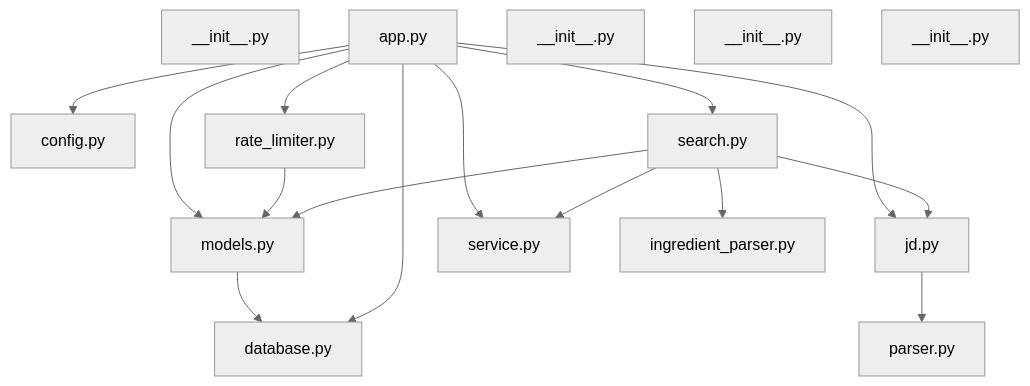
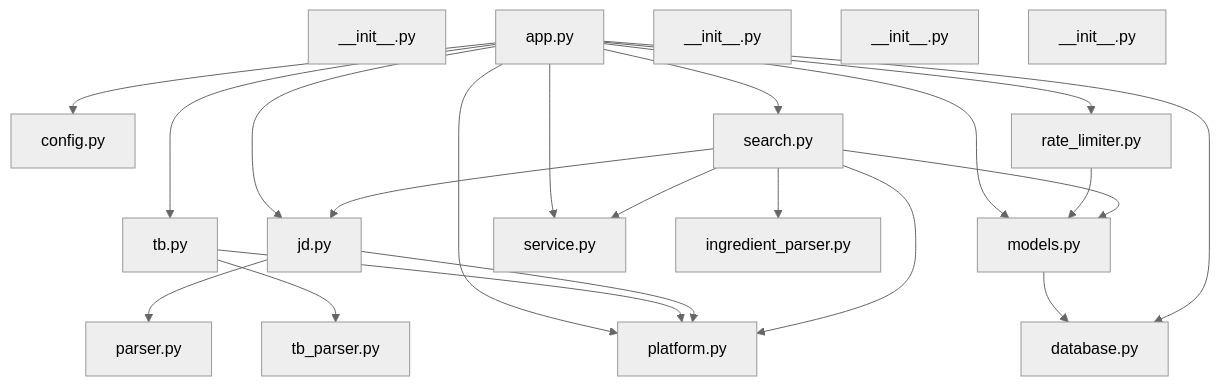
Before and after one commit to ryanlxb/Shopping-assist: the diagram in docs/architecture/graphs/code_graph.mmd, drawn with Mermaid (neutral theme). The commit also changed 10 other files, not shown here.

First line of the commit message:
feat(scraper): add Tmall/Taobao platform support with platform selector

```diff
--- a/docs/architecture/graphs/code_graph.mmd
+++ b/docs/architecture/graphs/code_graph.mmd
@@ -1,43 +1,55 @@
 graph TD
     src_config_py["config.py"]
     click src_config_py href "src/config.py"
     src_models_py["models.py"]
     click src_models_py href "src/models.py"
     src_database_py["database.py"]
     click src_database_py href "src/database.py"
     src___init___py["__init__.py"]
     click src___init___py href "src/__init__.py"
     src_app_py["app.py"]
     click src_app_py href "src/app.py"
+    src_scraper_tb_py["tb.py"]
+    click src_scraper_tb_py href "src/scraper/tb.py"
     src_scraper_jd_py["jd.py"]
     click src_scraper_jd_py href "src/scraper/jd.py"
     src_scraper___init___py["__init__.py"]
     click src_scraper___init___py href "src/scraper/__init__.py"
+    src_scraper_platform_py["platform.py"]
+    click src_scraper_platform_py href "src/scraper/platform.py"
     src_scraper_parser_py["parser.py"]
     click src_scraper_parser_py href "src/scraper/parser.py"
+    src_scraper_tb_parser_py["tb_parser.py"]
+    click src_scraper_tb_parser_py href "src/scraper/tb_parser.py"
     src_ocr_service_py["service.py"]
     click src_ocr_service_py href "src/ocr/service.py"
     src_ocr___init___py["__init__.py"]
     click src_ocr___init___py href "src/ocr/__init__.py"
     src_ocr_ingredient_parser_py["ingredient_parser.py"]
     click src_ocr_ingredient_parser_py href "src/ocr/ingredient_parser.py"
     src_services_rate_limiter_py["rate_limiter.py"]
     click src_services_rate_limiter_py href "src/services/rate_limiter.py"
     src_services___init___py["__init__.py"]
     click src_services___init___py href "src/services/__init__.py"
     src_services_search_py["search.py"]
     click src_services_search_py href "src/services/search.py"
     src_models_py --> src_database_py
     src_app_py --> src_config_py
     src_app_py --> src_database_py
     src_app_py --> src_models_py
     src_app_py --> src_ocr_service_py
+    src_app_py --> src_scraper_platform_py
     src_app_py --> src_scraper_jd_py
+    src_app_py --> src_scraper_tb_py
     src_app_py --> src_services_rate_limiter_py
     src_app_py --> src_services_search_py
+    src_scraper_tb_py --> src_scraper_platform_py
+    src_scraper_tb_py --> src_scraper_tb_parser_py
+    src_scraper_jd_py --> src_scraper_platform_py
     src_scraper_jd_py --> src_scraper_parser_py
     src_services_rate_limiter_py --> src_models_py
     src_services_search_py --> src_models_py
     src_services_search_py --> src_ocr_ingredient_parser_py
     src_services_search_py --> src_ocr_service_py
     src_services_search_py --> src_scraper_jd_py
+    src_services_search_py --> src_scraper_platform_py
```
